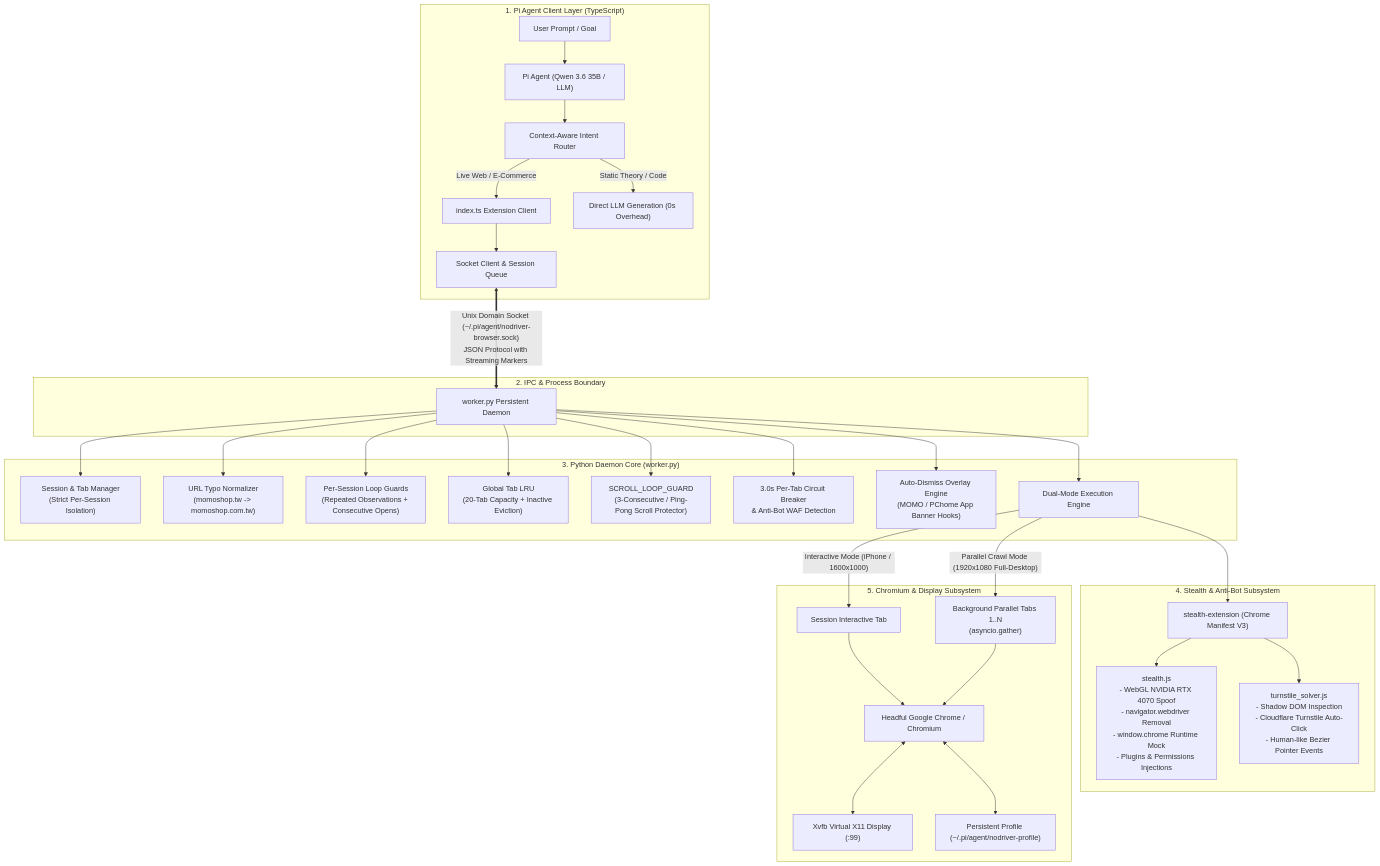
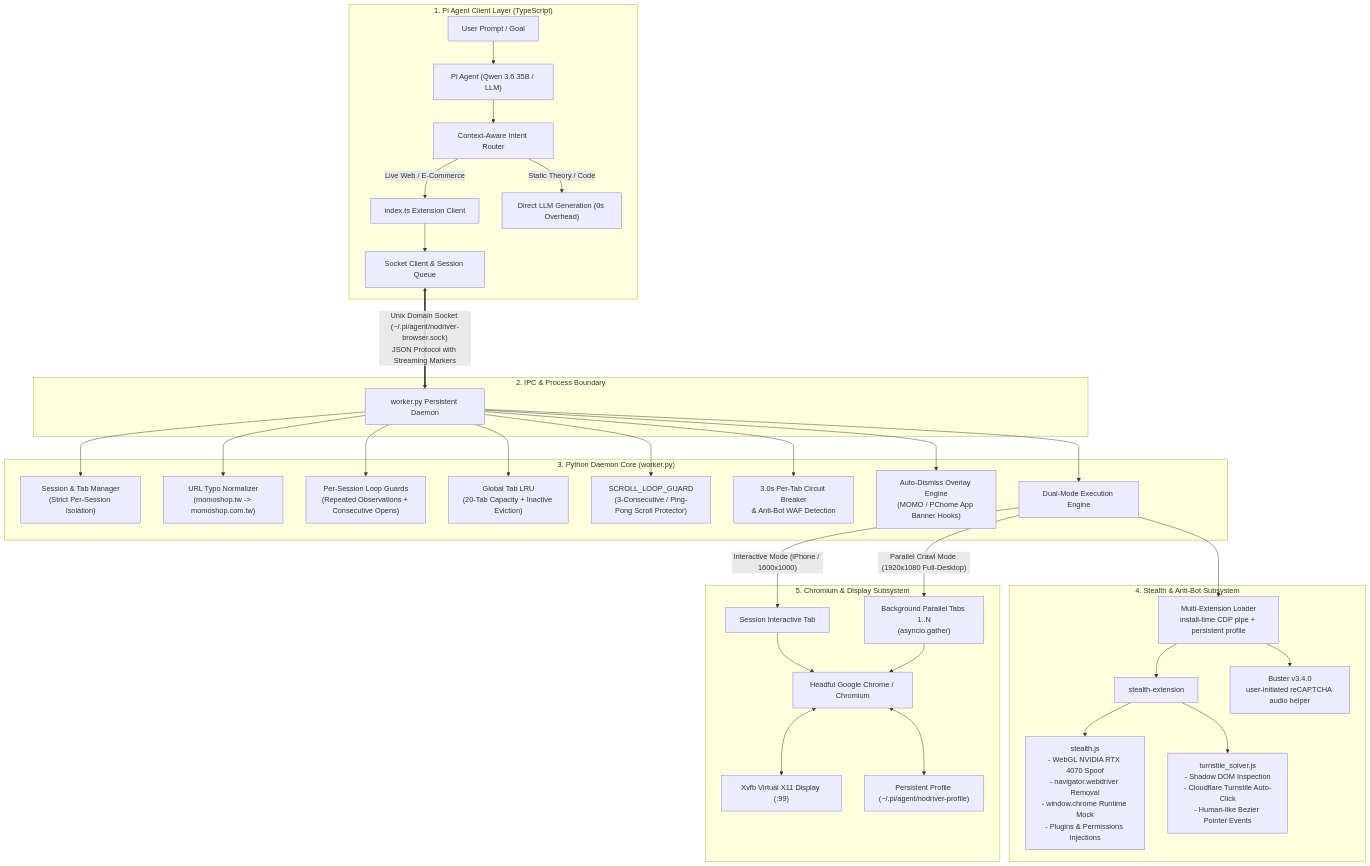
Before and after one commit to AyaSakura-comp/pi-nodriver-browser: the first of 5 diagrams in README.md, drawn with Mermaid. The commit also changed other lines of this file and 11 other files, not shown here.

Commit message:
[verified] feat: bundle opt-in Buster extension

````diff
--- a/README.md
+++ b/README.md
@@ -23,40 +23,42 @@
 ```mermaid
 flowchart TB
     subgraph ClientLayer["1. Pi Agent Client Layer (TypeScript)"]
         UI["User Prompt / Goal"] --> AGENT["Pi Agent (Qwen 3.6 35B / LLM)"]
         AGENT --> ROUTER["Context-Aware Intent Router"]
         ROUTER -->|"Live Web / E-Commerce"| EXT["index.ts Extension Client"]
         ROUTER -->|"Static Theory / Code"| DIRECT["Direct LLM Generation (0s Overhead)"]
         EXT --> IPC_CLIENT["Socket Client & Session Queue"]
     end
 
     subgraph IPCLayer["2. IPC & Process Boundary"]
         IPC_CLIENT <==>|"Unix Domain Socket (~/.pi/agent/nodriver-browser.sock)\nJSON Protocol with Streaming Markers"| DAEMON["worker.py Persistent Daemon"]
     end
 
     subgraph DaemonLayer["3. Python Daemon Core (worker.py)"]
         DAEMON --> SESSIONS["Session & Tab Manager\n(Strict Per-Session Isolation)"]
         DAEMON --> URL_NORM["URL Typo Normalizer\n(momoshop.tw -> momoshop.com.tw)"]
         DAEMON --> GUARD["Per-Session Loop Guards\n(Repeated Observations + Consecutive Opens)"]
         DAEMON --> TAB_LRU["Global Tab LRU\n(20-Tab Capacity + Inactive Eviction)"]
         DAEMON --> SCROLL_GUARD["SCROLL_LOOP_GUARD\n(3-Consecutive / Ping-Pong Scroll Protector)"]
         DAEMON --> BREAKER["3.0s Per-Tab Circuit Breaker\n& Anti-Bot WAF Detection"]
         DAEMON --> AUTO_DISMISS["Auto-Dismiss Overlay Engine\n(MOMO / PChome App Banner Hooks)"]
         DAEMON --> ENGINE["Dual-Mode Execution Engine"]
     end
 
     subgraph StealthLayer["4. Stealth & Anti-Bot Subsystem"]
-        ENGINE --> STEALTH_EXT["stealth-extension (Chrome Manifest V3)"]
+        ENGINE --> EXT_LOADER["Multi-Extension Loader\ninstall-time CDP pipe + persistent profile"]
+        EXT_LOADER --> STEALTH_EXT["stealth-extension"]
+        EXT_LOADER --> BUSTER_EXT["Buster v3.4.0\nuser-initiated reCAPTCHA audio helper"]
         STEALTH_EXT --> S_STEALTH["stealth.js\n- WebGL NVIDIA RTX 4070 Spoof\n- navigator.webdriver Removal\n- window.chrome Runtime Mock\n- Plugins & Permissions Injections"]
         STEALTH_EXT --> S_SOLVER["turnstile_solver.js\n- Shadow DOM Inspection\n- Cloudflare Turnstile Auto-Click\n- Human-like Bezier Pointer Events"]
     end
 
     subgraph BrowserLayer["5. Chromium & Display Subsystem"]
         ENGINE -->|"Interactive Mode (iPhone / 1600x1000)"| TAB_ACTIVE["Session Interactive Tab"]
         ENGINE -->|"Parallel Crawl Mode (1920x1080 Full-Desktop)"| TABS_POOL["Background Parallel Tabs 1..N\n(asyncio.gather)"]
         TAB_ACTIVE --> CHROME["Headful Google Chrome / Chromium"]
         TABS_POOL --> CHROME
         CHROME <--> XVFB["Xvfb Virtual X11 Display (:99)"]
         CHROME <--> PROFILE["Persistent Profile (~/.pi/agent/nodriver-profile)"]
     end
 ```
````
